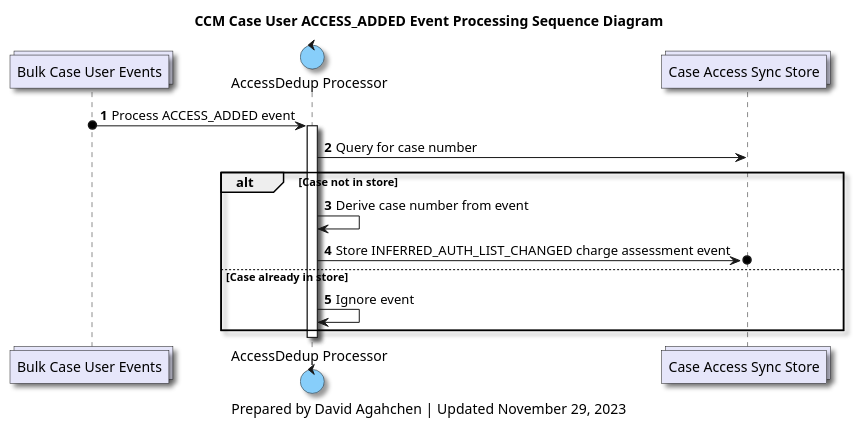
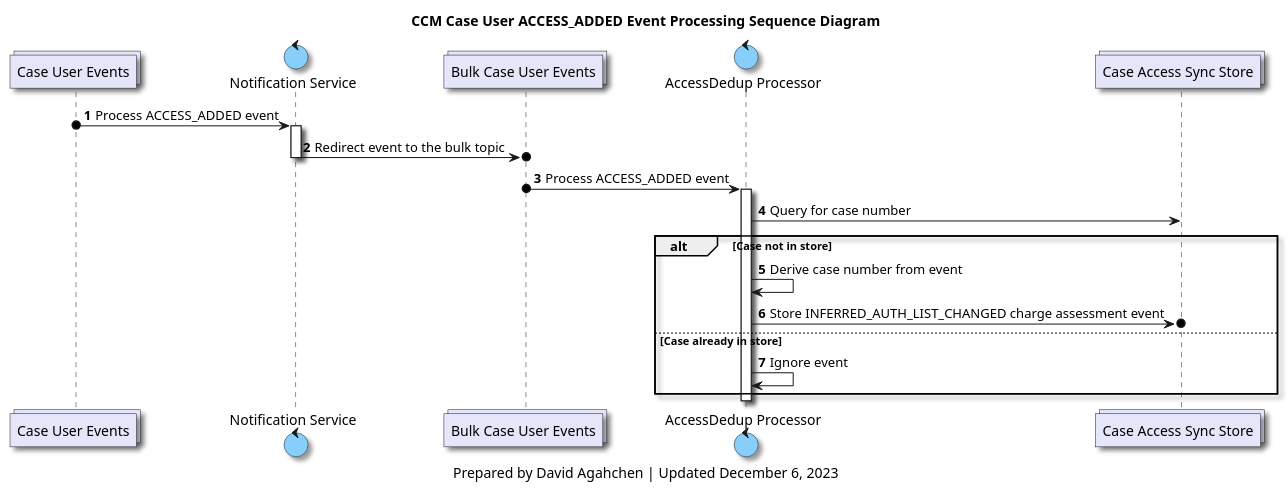
Before and after one commit to bcgov/jpss-jade-ccm: the diagram in diagrams/ccm_case_user_access_added_processing_sequence_diagram.plantuml, drawn with PlantUML. The commit also changed 3 other files, not shown here.

Commit message:
Update case user access event processing diagrams

```diff
--- a/diagrams/ccm_case_user_access_added_processing_sequence_diagram.plantuml
+++ b/diagrams/ccm_case_user_access_added_processing_sequence_diagram.plantuml
@@ -1,41 +1,48 @@
 @startuml
 'hide footbox
 
 skinparam Shadowing true
 skinparam CollectionsBackgroundColor Lavender
 skinparam ControlBackgroundColor LightSkyBlue
 skinparam BoundaryBackgroundColor LightGrey
 
 /' 
 Available colours
 https://plantuml-documentation.readthedocs.io/en/latest/formatting/color-names.html
 '/
 
+collections case_users_topic as "Case User Events"
+control notification_service as "Notification Service"
 collections bulk_case_users_topic as "Bulk Case User Events"
 control accessdedup_processor as "AccessDedup Processor"
 collections case_access_sync_store as "Case Access Sync Store"
 
 title
 CCM Case User ACCESS_ADDED Event Processing Sequence Diagram
 end title
 
 autonumber
+
+case_users_topic o-> notification_service : Process ACCESS_ADDED event
+activate notification_service
+notification_service ->o bulk_case_users_topic : Redirect event to the bulk topic
+deactivate notification_service
 
 bulk_case_users_topic o-> accessdedup_processor : Process ACCESS_ADDED event
 activate accessdedup_processor
 
 accessdedup_processor -> case_access_sync_store: Query for case number
 
 alt Case not in store
     accessdedup_processor -> accessdedup_processor: Derive case number from event
     accessdedup_processor ->o case_access_sync_store: Store INFERRED_AUTH_LIST_CHANGED charge assessment event
 else Case already in store
     accessdedup_processor -> accessdedup_processor: Ignore event
 end
 
 deactivate accessdedup_processor
 
 caption
-Prepared by David Agahchen | Updated November 29, 2023
+Prepared by David Agahchen | Updated December 6, 2023
 end caption
 @enduml
```
